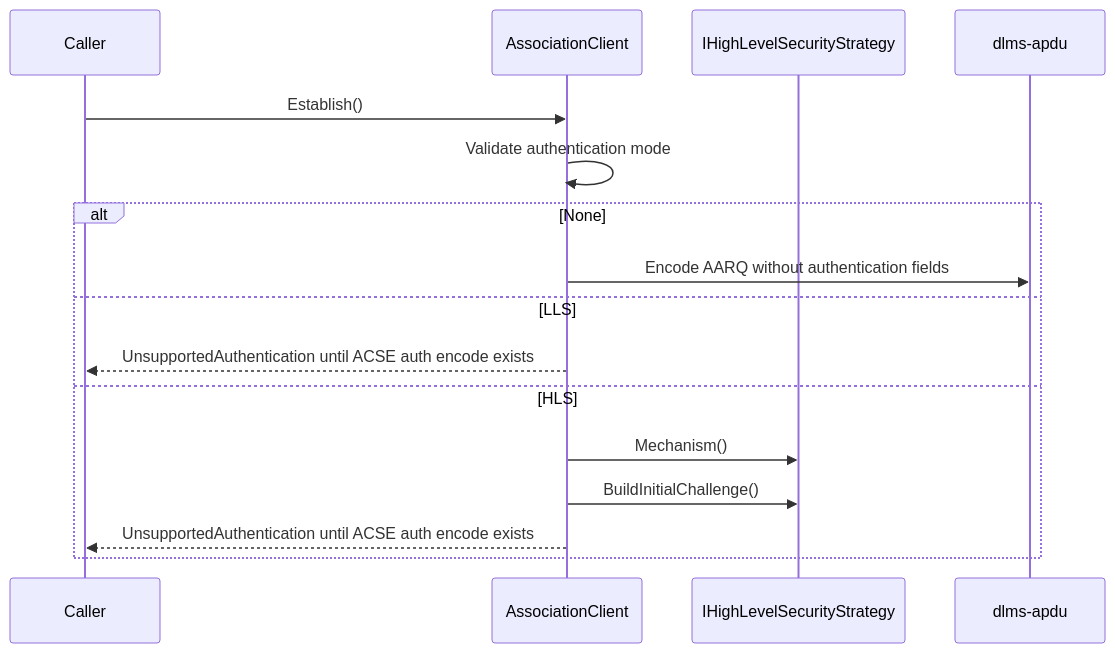
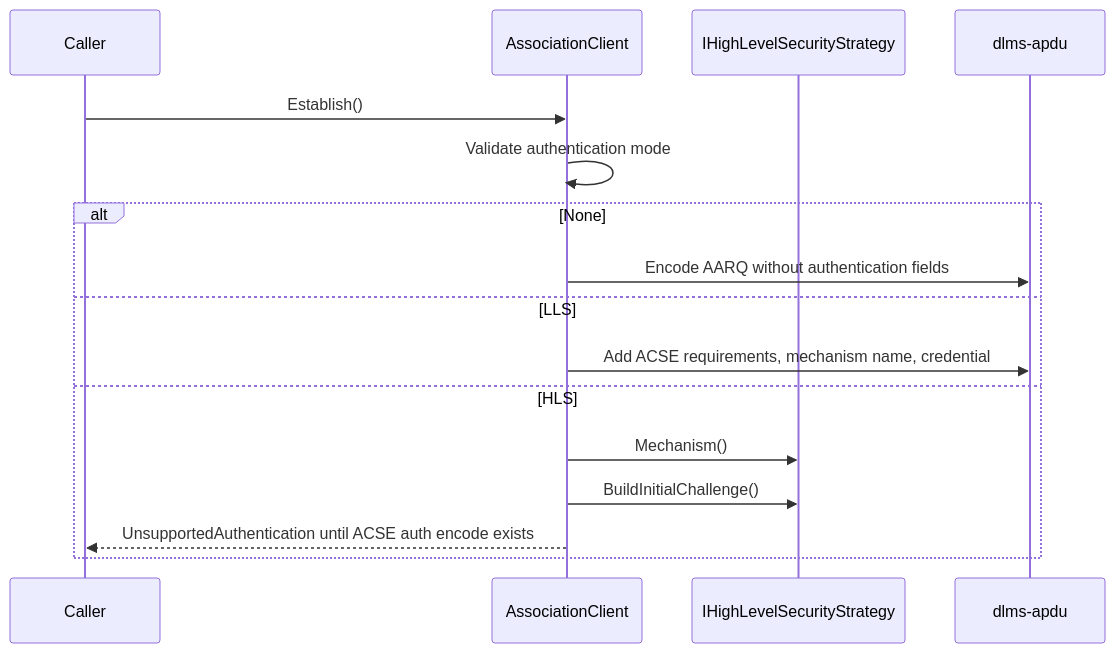
One commit to gvtret/dlms-association changed the sixth of 6 diagrams in docs/02_association_architecture.md. Above: the diagram before and after it, drawn with Mermaid. The commit also changed other lines of this file and 5 other files, not shown here.

````diff
--- a/docs/02_association_architecture.md
+++ b/docs/02_association_architecture.md
@@ -109,19 +109,19 @@
 ```mermaid
 sequenceDiagram
   participant App as Caller
   participant Assoc as AssociationClient
   participant Hls as IHighLevelSecurityStrategy
   participant Apdu as dlms-apdu
 
   App->>Assoc: Establish()
   Assoc->>Assoc: Validate authentication mode
   alt None
     Assoc->>Apdu: Encode AARQ without authentication fields
   else LLS
-    Assoc-->>App: UnsupportedAuthentication until ACSE auth encode exists
+    Assoc->>Apdu: Add ACSE requirements, mechanism name, credential
   else HLS
     Assoc->>Hls: Mechanism()
     Assoc->>Hls: BuildInitialChallenge()
     Assoc-->>App: UnsupportedAuthentication until ACSE auth encode exists
   end
 ```
````
